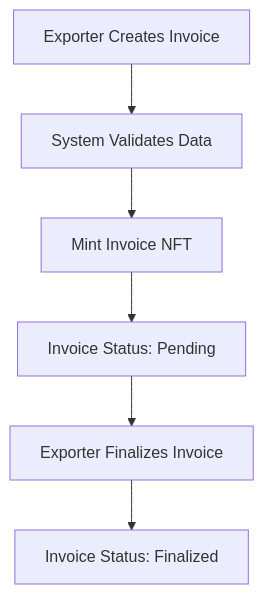
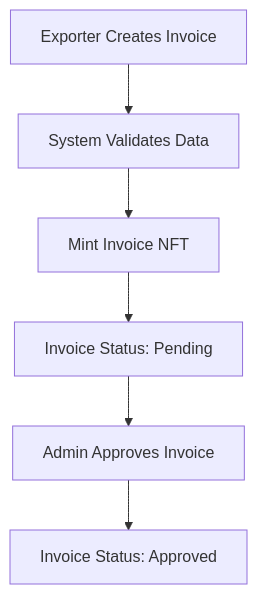
Before and after one commit to SEATrax/apps: the first of 6 diagrams in .github/business-process-documentation.md, drawn with Mermaid. The commit also changed other lines of this file and 3 other files, not shown here.

Commit message:
feat: migrate to unified SEATrax contract; update documentation and business process flow

````diff
--- a/.github/business-process-documentation.md
+++ b/.github/business-process-documentation.md
@@ -27,8 +27,8 @@
 ```mermaid
 graph TD
     A[Exporter Creates Invoice] --> B[System Validates Data]
     B --> C[Mint Invoice NFT]
     C --> D[Invoice Status: Pending]
-    D --> E[Exporter Finalizes Invoice]
-    E --> F[Invoice Status: Finalized]
+    D --> E[Admin Approves Invoice]
+    E --> F[Invoice Status: Approved]
 ```
````
